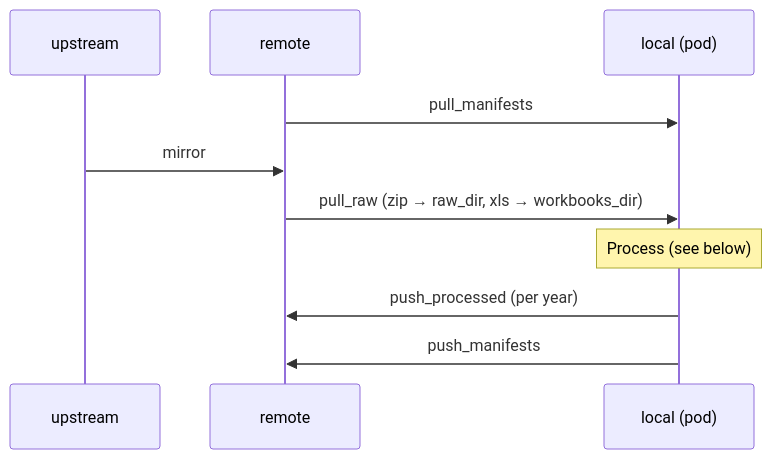
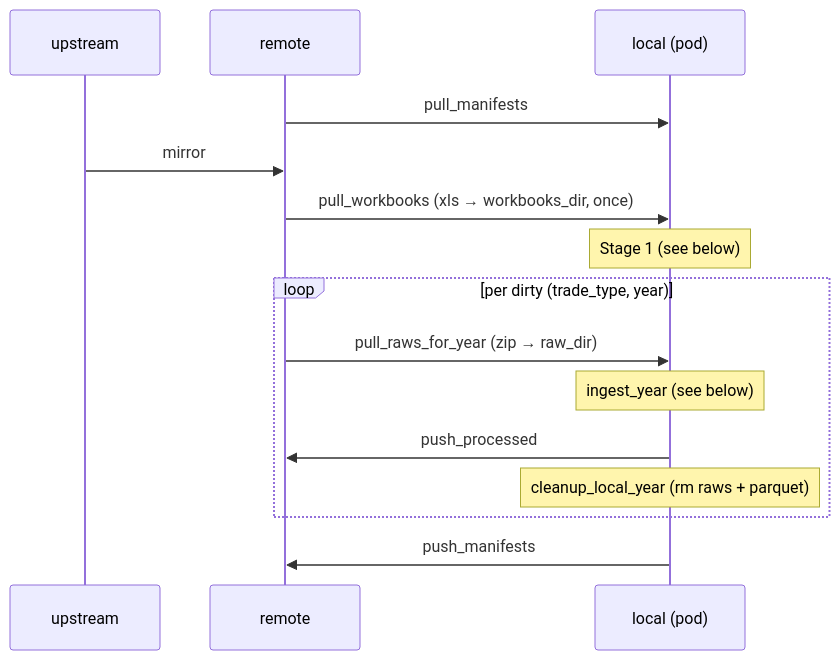
One commit to twedl/microtrade changed the first of 2 diagrams in README.md. Above: the diagram before and after it, drawn with Mermaid. The commit also changed 7 other files, not shown here.

First line of the commit message:
Switch ops stage 2 to per-year pull-ingest-push-cleanup

````diff
--- a/README.md
+++ b/README.md
@@ -309,13 +309,18 @@
 ```mermaid
 sequenceDiagram
     participant U as upstream
     participant R as remote
     participant L as local (pod)
 
     R->>L: pull_manifests
     U->>R: mirror
-    R->>L: pull_raw  (zip → raw_dir, xls → workbooks_dir)
-    Note over L: Process (see below)
-    L->>R: push_processed  (per year)
+    R->>L: pull_workbooks  (xls → workbooks_dir, once)
+    Note over L: Stage 1 (see below)
+    loop per dirty (trade_type, year)
+        R->>L: pull_raws_for_year  (zip → raw_dir)
+        Note over L: ingest_year (see below)
+        L->>R: push_processed
+        Note over L: cleanup_local_year  (rm raws + parquet)
+    end
     L->>R: push_manifests
 ```
````
